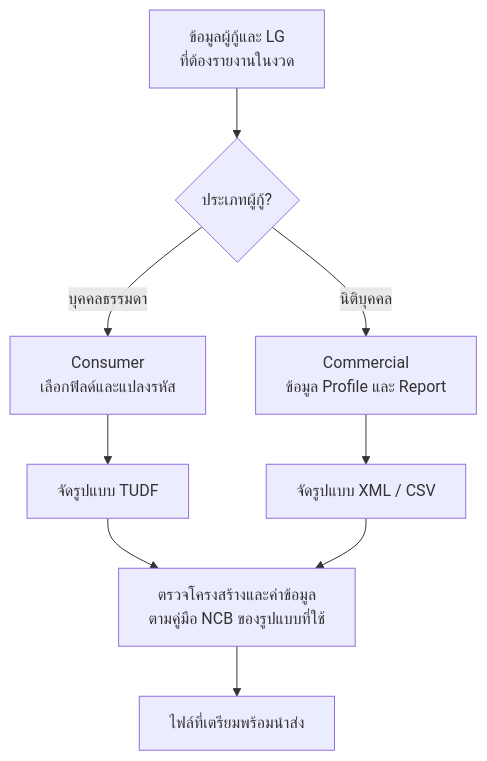
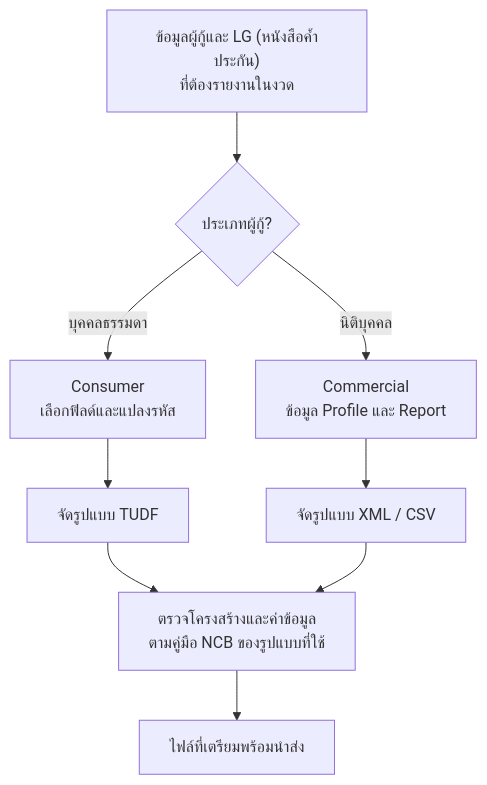
Before and after one commit to yukasung/eodncb: the second of 4 diagrams in app/overview/page.mdx, drawn with Mermaid. The commit also changed other lines of this file and 16 other files, not shown here.

````diff
--- a/app/overview/page.mdx
+++ b/app/overview/page.mdx
@@ -46,11 +46,11 @@
 ```mermaid
 flowchart TD
-    A["ข้อมูลผู้กู้และ LG<br/>ที่ต้องรายงานในงวด"] --> B{"ประเภทผู้กู้?"}
+    A["ข้อมูลผู้กู้และ LG (หนังสือค้ำประกัน)<br/>ที่ต้องรายงานในงวด"] --> B{"ประเภทผู้กู้?"}
     B -->|บุคคลธรรมดา| C["Consumer<br/>เลือกฟิลด์และแปลงรหัส"]
     C --> D["จัดรูปแบบ TUDF"]
     B -->|นิติบุคคล| E["Commercial<br/>ข้อมูล Profile และ Report"]
     E --> F["จัดรูปแบบ XML / CSV"]
     D --> G["ตรวจโครงสร้างและค่าข้อมูล<br/>ตามคู่มือ NCB ของรูปแบบที่ใช้"]
     F --> G
     G --> H["ไฟล์ที่เตรียมพร้อมนำส่ง"]
 ```
````
